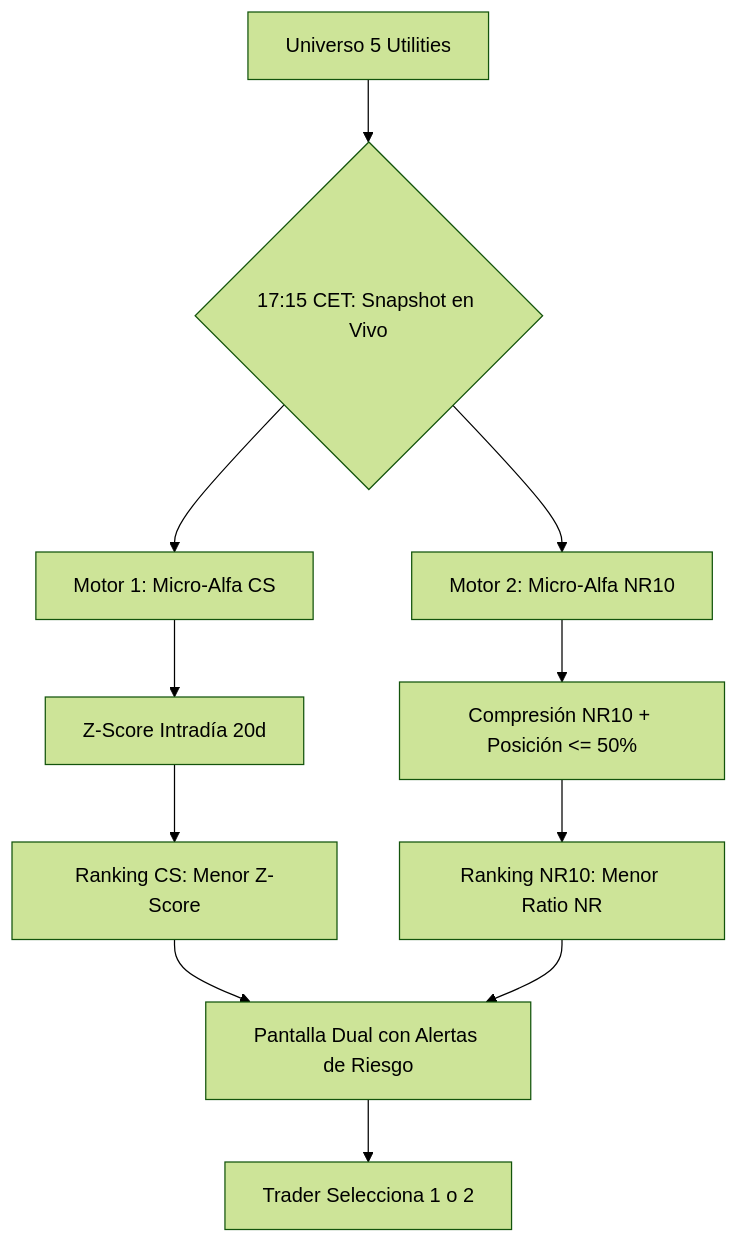
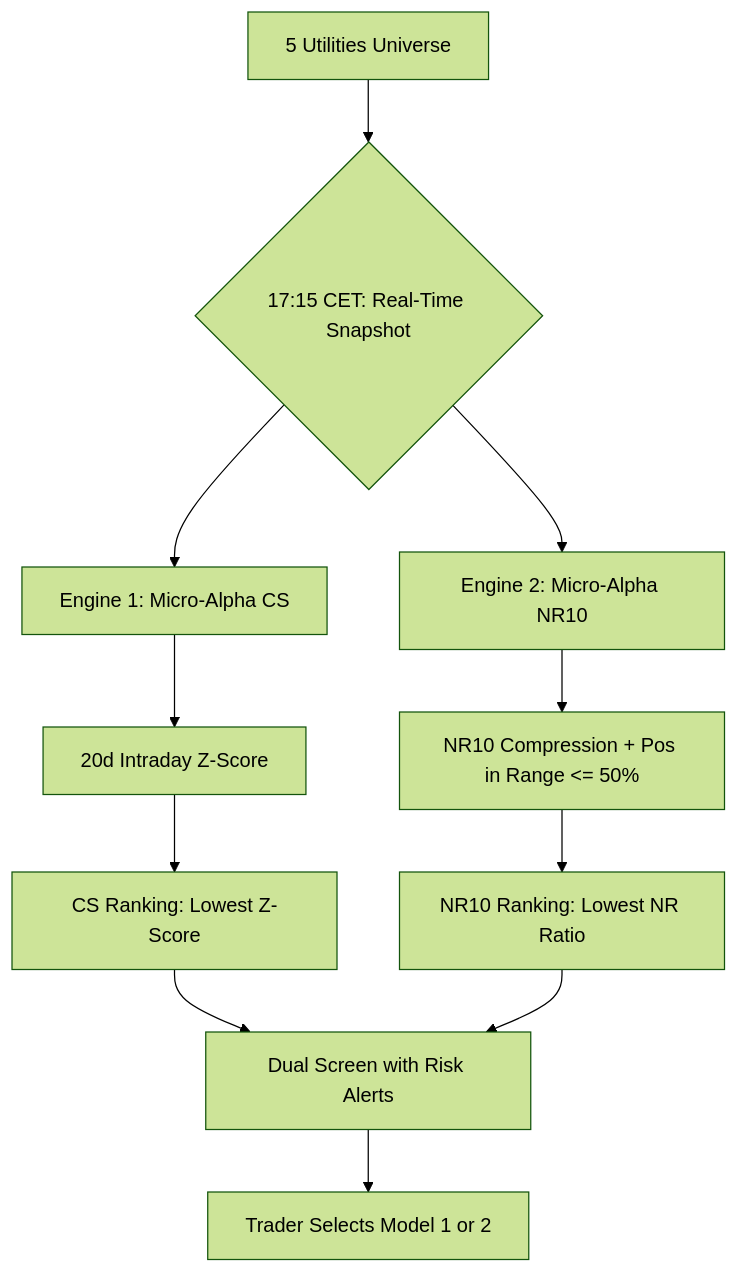
The first of 2 diagrams in README.md (AnxoH/bme-contest), drawn with Mermaid (forest theme) before and after one commit. The commit also changed other lines of this file, not shown here.

````diff
--- a/README.md
+++ b/README.md
@@ -89,13 +89,13 @@
 ```mermaid
 flowchart TD
-    A[Universo 5 Utilities] --> B{17:15 CET: Snapshot en Vivo}
-    B --> C[Motor 1: Micro-Alfa CS]
-    B --> D[Motor 2: Micro-Alfa NR10]
-    C --> E[Z-Score Intradía 20d]
-    D --> F[Compresión NR10 + Posición <= 50%]
-    E --> G[Ranking CS: Menor Z-Score]
-    F --> H[Ranking NR10: Menor Ratio NR]
-    G --> I[Pantalla Dual con Alertas de Riesgo]
+    A[5 Utilities Universe] --> B{17:15 CET: Real-Time Snapshot}
+    B --> C[Engine 1: Micro-Alpha CS]
+    B --> D[Engine 2: Micro-Alpha NR10]
+    C --> E[20d Intraday Z-Score]
+    D --> F[NR10 Compression + Pos in Range <= 50%]
+    E --> G[CS Ranking: Lowest Z-Score]
+    F --> H[NR10 Ranking: Lowest NR Ratio]
+    G --> I[Dual Screen with Risk Alerts]
     H --> I
-    I --> J[Trader Selecciona 1 o 2]
+    I --> J[Trader Selects Model 1 or 2]
 ```
````
